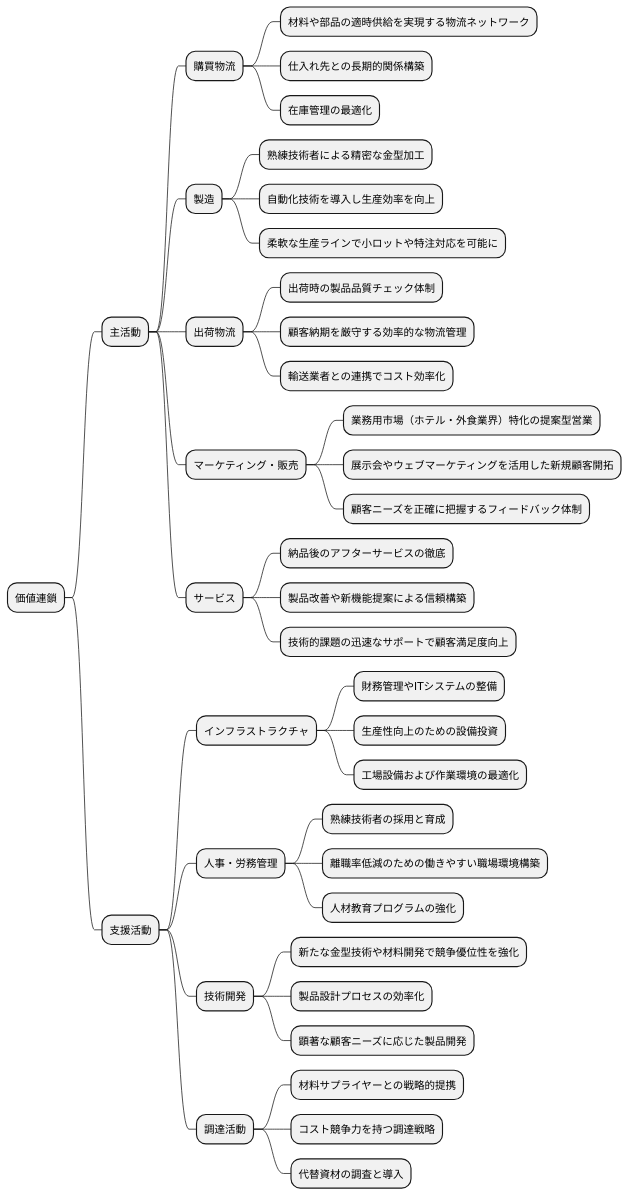
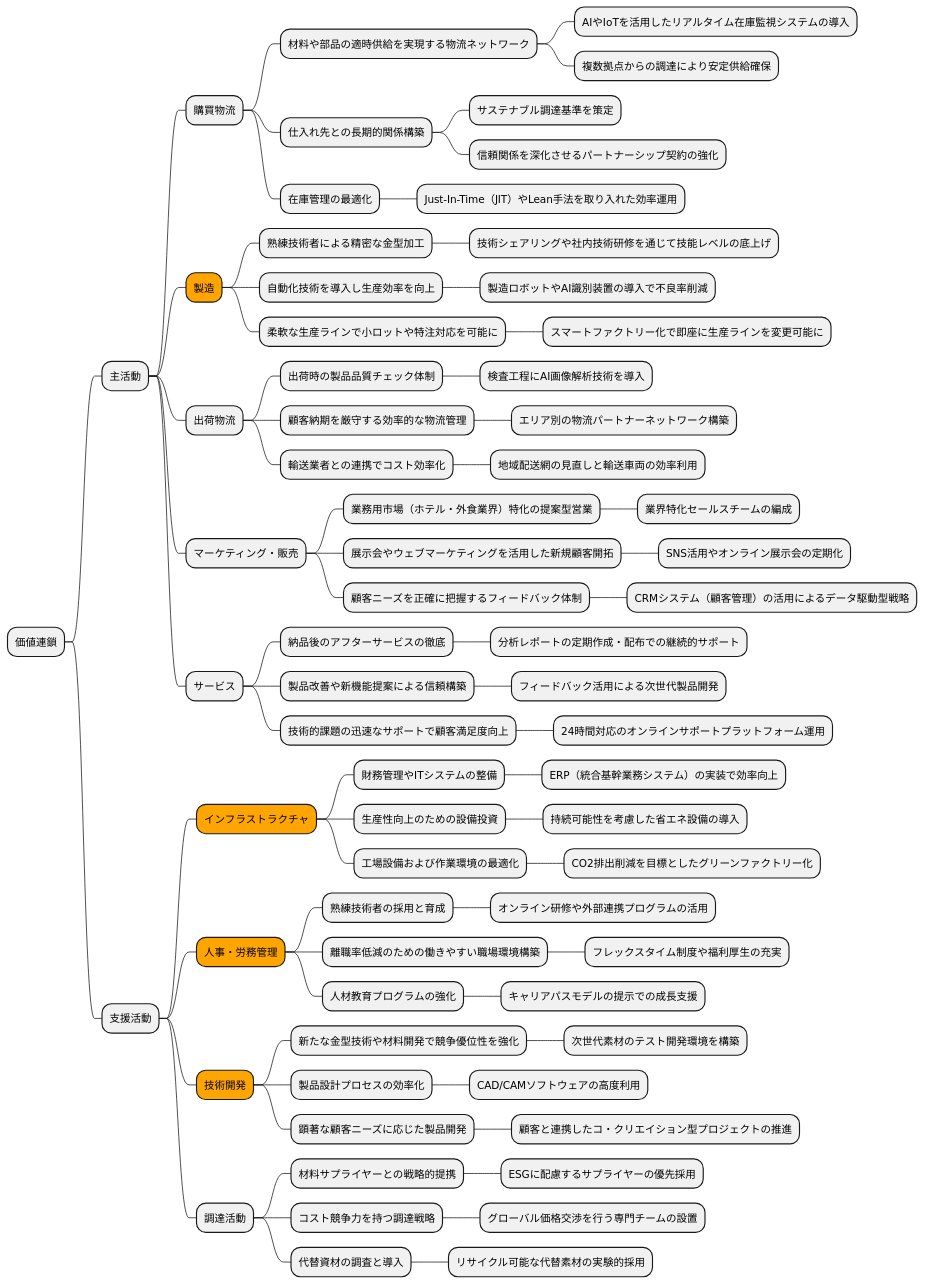
The tenth of 19 diagrams in docs/case/r04_case_3.adoc (k2works/case-study-business-analysis), drawn with PlantUML before and after one commit. The commit also changed other lines of this file, not shown here.

```diff
--- a/docs/case/r04_case_3.adoc
+++ b/docs/case/r04_case_3.adoc
@@ -412,46 +524,76 @@
 [plantuml]
 ----
 @startmindmap
 
 * 価値連鎖
 ** 主活動
 *** 購買物流
 **** 材料や部品の適時供給を実現する物流ネットワーク
+***** AIやIoTを活用したリアルタイム在庫監視システムの導入
+***** 複数拠点からの調達により安定供給確保
 **** 仕入れ先との長期的関係構築
+***** サステナブル調達基準を策定
+***** 信頼関係を深化させるパートナーシップ契約の強化
 **** 在庫管理の最適化
-*** 製造
+***** Just-In-Time（JIT）やLean手法を取り入れた効率運用
+***[#orange] 製造
 **** 熟練技術者による精密な金型加工
+***** 技術シェアリングや社内技術研修を通じて技能レベルの底上げ
 **** 自動化技術を導入し生産効率を向上
+***** 製造ロボットやAI識別装置の導入で不良率削減
 **** 柔軟な生産ラインで小ロットや特注対応を可能に
+***** スマートファクトリー化で即座に生産ラインを変更可能に
 *** 出荷物流
 **** 出荷時の製品品質チェック体制
+***** 検査工程にAI画像解析技術を導入
 **** 顧客納期を厳守する効率的な物流管理
+***** エリア別の物流パートナーネットワーク構築
 **** 輸送業者との連携でコスト効率化
+***** 地域配送網の見直しと輸送車両の効率利用
 *** マーケティング・販売
 **** 業務用市場（ホテル・外食業界）特化の提案型営業
+***** 業界特化セールスチームの編成
 **** 展示会やウェブマーケティングを活用した新規顧客開拓
+***** SNS活用やオンライン展示会の定期化
 **** 顧客ニーズを正確に把握するフィードバック体制
+***** CRMシステム（顧客管理）の活用によるデータ駆動型戦略
 *** サービス
 **** 納品後のアフターサービスの徹底
+***** 分析レポートの定期作成・配布での継続的サポート
 **** 製品改善や新機能提案による信頼構築
+***** フィードバック活用による次世代製品開発
 **** 技術的課題の迅速なサポートで顧客満足度向上
+***** 24時間対応のオンラインサポートプラットフォーム運用
+
 ** 支援活動
-*** インフラストラクチャ
+***[#orange] インフラストラクチャ
 **** 財務管理やITシステムの整備
+***** ERP（統合基幹業務システム）の実装で効率向上
 **** 生産性向上のための設備投資
+***** 持続可能性を考慮した省エネ設備の導入
 **** 工場設備および作業環境の最適化
-*** 人事・労務管理
+***** CO2排出削減を目標としたグリーンファクトリー化
+***[#orange] 人事・労務管理
 **** 熟練技術者の採用と育成
+***** オンライン研修や外部連携プログラムの活用
 **** 離職率低減のための働きやすい職場環境構築
+***** フレックスタイム制度や福利厚生の充実
 **** 人材教育プログラムの強化
-*** 技術開発
+***** キャリアパスモデルの提示での成長支援
+***[#orange] 技術開発
 **** 新たな金型技術や材料開発で競争優位性を強化
+***** 次世代素材のテスト開発環境を構築
 **** 製品設計プロセスの効率化
+***** CAD/CAMソフトウェアの高度利用
 **** 顕著な顧客ニーズに応じた製品開発
+***** 顧客と連携したコ・クリエイション型プロジェクトの推進
 *** 調達活動
 **** 材料サプライヤーとの戦略的提携
+***** ESGに配慮するサプライヤーの優先採用
 **** コスト競争力を持つ調達戦略
+***** グローバル価格交渉を行う専門チームの設置
 **** 代替資材の調査と導入
+***** リサイクル可能な代替素材の実験的採用
 
 @endmindmap
 ----
```
